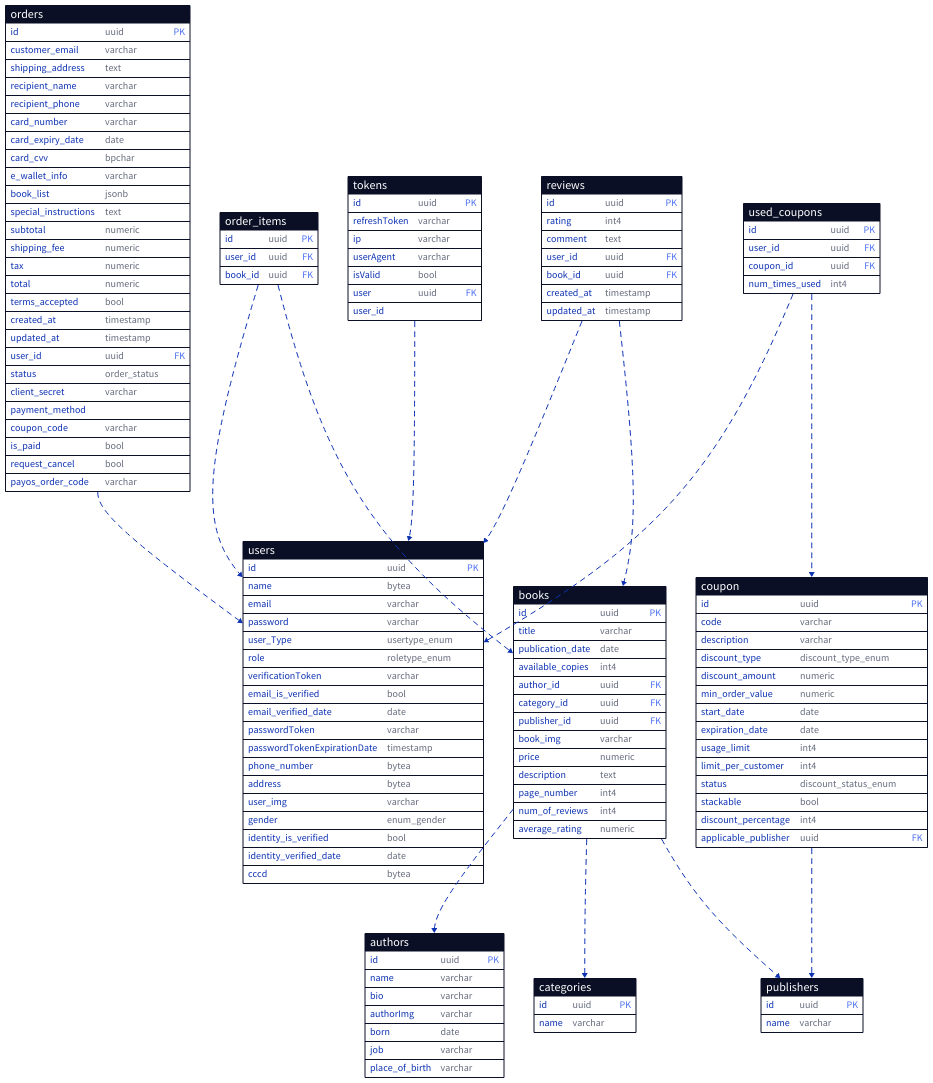
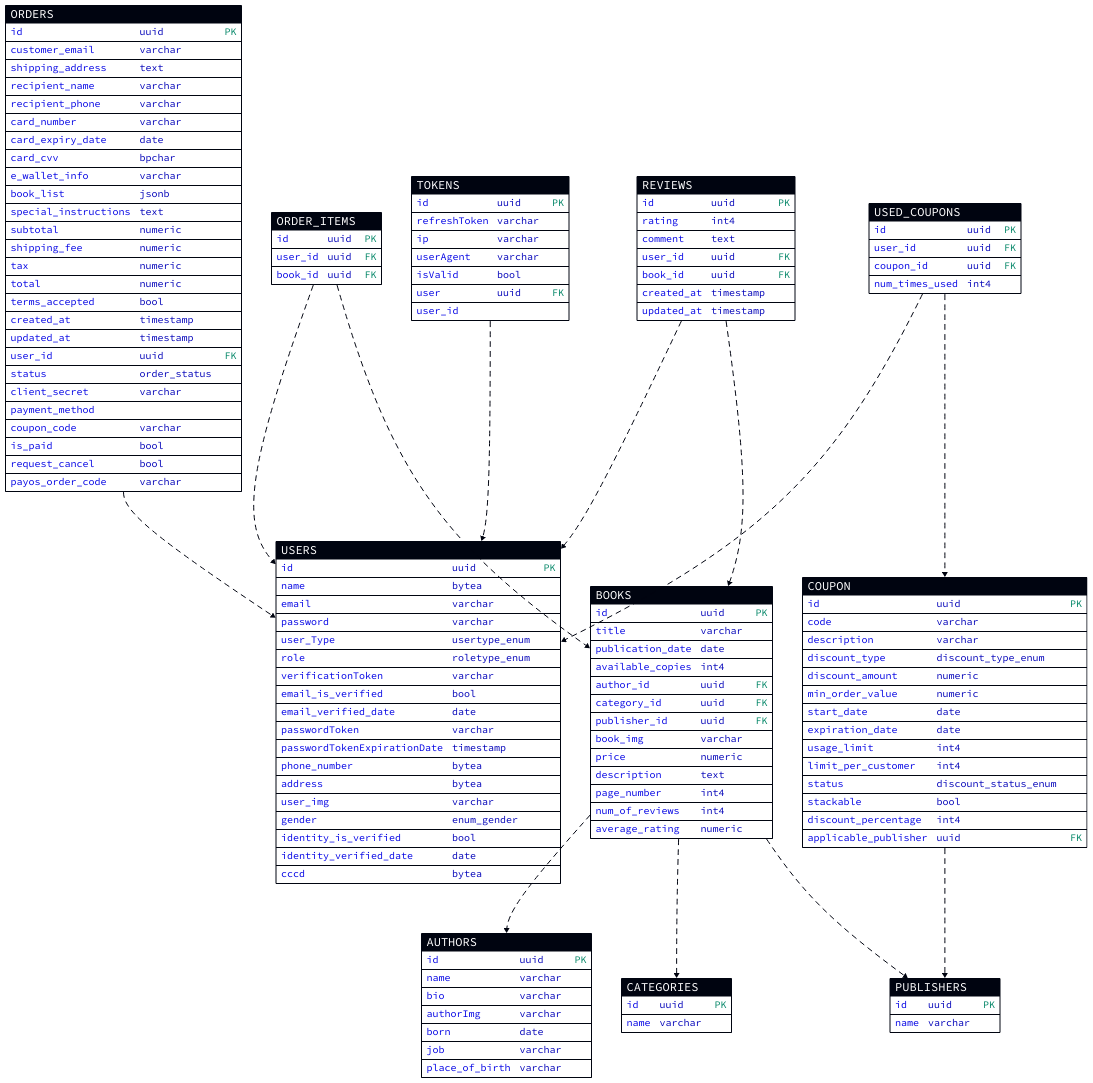
One commit to aycact/bookstore changed the diagram in d2/db.d2. Above: the diagram before and after it, drawn with D2. The commit also changed 1 other file, not shown here.

Commit message:
update theme

```diff
--- a/d2/db.d2
+++ b/d2/db.d2
@@ -1,171 +1,177 @@
+vars: {
+    d2-config: {
+        layout-engine: dagre
+        theme-id: 300
+    }
+}
 books: {
     shape: sql_table
     id: uuid {constraint: primary_key}
     title: varchar
     publication_date: date
     available_copies: int4
     author_id: uuid {constraint: foreign_key}
     category_id: uuid {constraint: foreign_key}
     publisher_id: uuid {constraint: foreign_key}
     book_img: varchar
     price: numeric
     description: text
     page_number: int4
     num_of_reviews: int4
     average_rating: numeric
 }
 authors: {
     shape: sql_table
     id: uuid {constraint: primary_key}
     name: varchar
     bio: varchar
     authorImg: varchar
     born: date
     job: varchar
     place_of_birth: varchar
 }
 books.author_id -> authors.id: {
     style.animated: true
 }
 categories: {
     shape: sql_table
     id: uuid {constraint: primary_key}
     name: varchar
 }
 books.category_id -> categories.id: {
     style.animated: true
 }
 orders: {
     shape: sql_table
     id: uuid {constraint: primary_key}
     customer_email: varchar
     shipping_address: text
     recipient_name: varchar
     recipient_phone: varchar
     card_number: varchar
     card_expiry_date: date
     card_cvv: bpchar
     e_wallet_info: varchar
     book_list: jsonb
     special_instructions: text
     subtotal: numeric
     shipping_fee: numeric
     tax: numeric
     total: numeric
     terms_accepted: bool
     created_at: timestamp
     updated_at: timestamp
     user_id: uuid {constraint: foreign_key}
     status: order_status
     client_secret: varchar
     payment_method: payment_method
     coupon_code: varchar
     is_paid: bool
     request_cancel: bool
     payos_order_code: varchar
 }
 users: {
     shape: sql_table
     id: uuid {constraint: primary_key}
     name: bytea
     email: varchar
     password: varchar
     user_Type: usertype_enum
     role: roletype_enum
     verificationToken: varchar
     email_is_verified: bool
     email_verified_date: date
     passwordToken: varchar
     passwordTokenExpirationDate: timestamp
     phone_number: bytea
     address: bytea
     user_img: varchar
     gender: enum_gender
     identity_is_verified: bool
     identity_verified_date: date
     cccd: bytea
 }
 orders.user_id -> users.id: {
     style.animated: true
 }
 publishers: {
     shape: sql_table
     id: uuid {constraint: primary_key}
     name: varchar
 }
 books.publisher_id -> publishers.id: {
     style.animated: true
 }
 tokens: {
     shape: sql_table
     id: uuid {constraint: primary_key}
     refreshToken: varchar
     ip: varchar
     userAgent: varchar
     isValid: bool
     user: uuid {constraint: foreign_key}
 }
 tokens.user_id -> users.id: {
     style.animated: true
 }
 coupon: {
     shape: sql_table
     id: uuid {constraint: primary_key}
     code: varchar
     description: varchar
     discount_type: discount_type_enum
     discount_amount: numeric
     min_order_value: numeric
     start_date: date
     expiration_date: date
     usage_limit: int4
     limit_per_customer: int4
     status: discount_status_enum
     stackable: bool
     discount_percentage: int4
     applicable_publisher: uuid {constraint: foreign_key}
 }
 coupon.applicable_publisher -> publishers.id: {
     style.animated: true
 }
 order_items: {
     shape: sql_table
     id: uuid {constraint: primary_key}
     user_id: uuid {constraint: foreign_key}
     book_id: uuid {constraint: foreign_key}
 }
 order_items.user_id -> users.id: {
     style.animated: true
 }
 order_items.book_id -> books.id: {
     style.animated: true
 }
 reviews: {
     shape: sql_table
     id: uuid {constraint: primary_key}
     rating: int4
     comment: text
     user_id: uuid {constraint: foreign_key}
     book_id: uuid {constraint: foreign_key}
     created_at: timestamp
     updated_at: timestamp
 }
 reviews.user_id -> users.id: {
     style.animated: true
 }
 reviews.book_id -> books.id: {
     style.animated: true
 }
 used_coupons: {
     shape: sql_table
     id: uuid {constraint: primary_key}
     user_id: uuid {constraint: foreign_key}
     coupon_id: uuid {constraint: foreign_key}
     num_times_used: int4
 }
 used_coupons.user_id -> users.id: {
     style.animated: true
 }
 used_coupons.coupon_id -> coupon.id: {
     style.animated: true
 }
```
